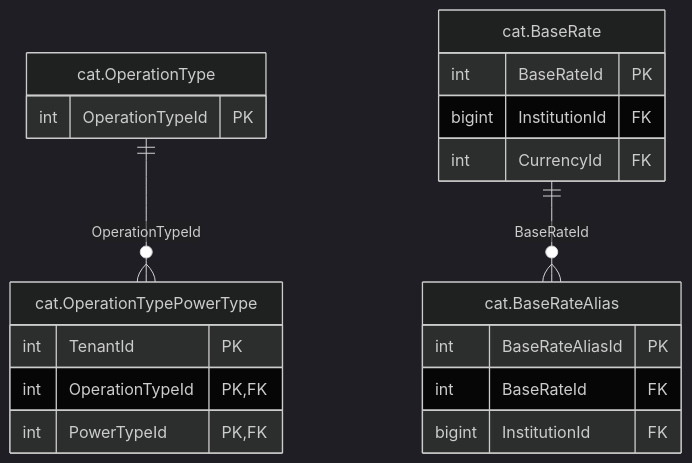
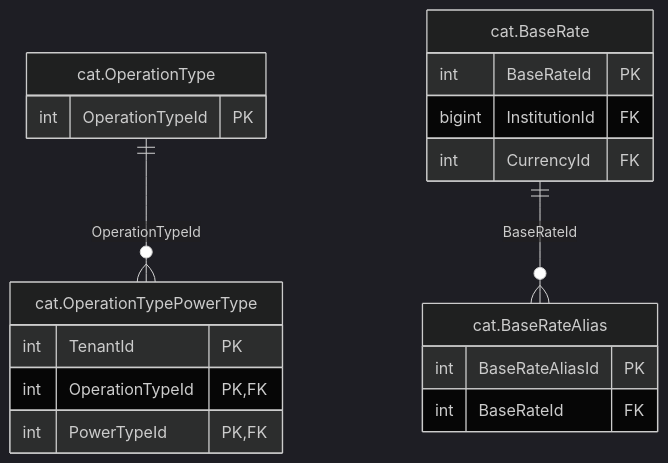
Before and after one commit to thawrasy/smartlines: the diagram in treasury-platform/docs/diagrams/erd/m4_rates_lookups_1.mmd, drawn with Mermaid (dark theme). The commit also changed 159 other files, not shown here.

```diff
--- a/treasury-platform/docs/diagrams/erd/m4_rates_lookups_1.mmd
+++ b/treasury-platform/docs/diagrams/erd/m4_rates_lookups_1.mmd
@@ -1,22 +1,21 @@
 %% م4 · الأسعار المرجعية والقوائم (1/2) — Base rates & lookup lists
 erDiagram
   cat_OperationType["cat.OperationType"] {
     int OperationTypeId PK
   }
   cat_OperationTypePowerType["cat.OperationTypePowerType"] {
     int TenantId PK
     int OperationTypeId PK, FK
     int PowerTypeId PK, FK
   }
   cat_BaseRate["cat.BaseRate"] {
     int BaseRateId PK
     bigint InstitutionId FK
     int CurrencyId FK
   }
   cat_BaseRateAlias["cat.BaseRateAlias"] {
     int BaseRateAliasId PK
     int BaseRateId FK
-    bigint InstitutionId FK
   }
   cat_BaseRate ||--o{ cat_BaseRateAlias : "BaseRateId"
   cat_OperationType ||--o{ cat_OperationTypePowerType : "OperationTypeId"
```
